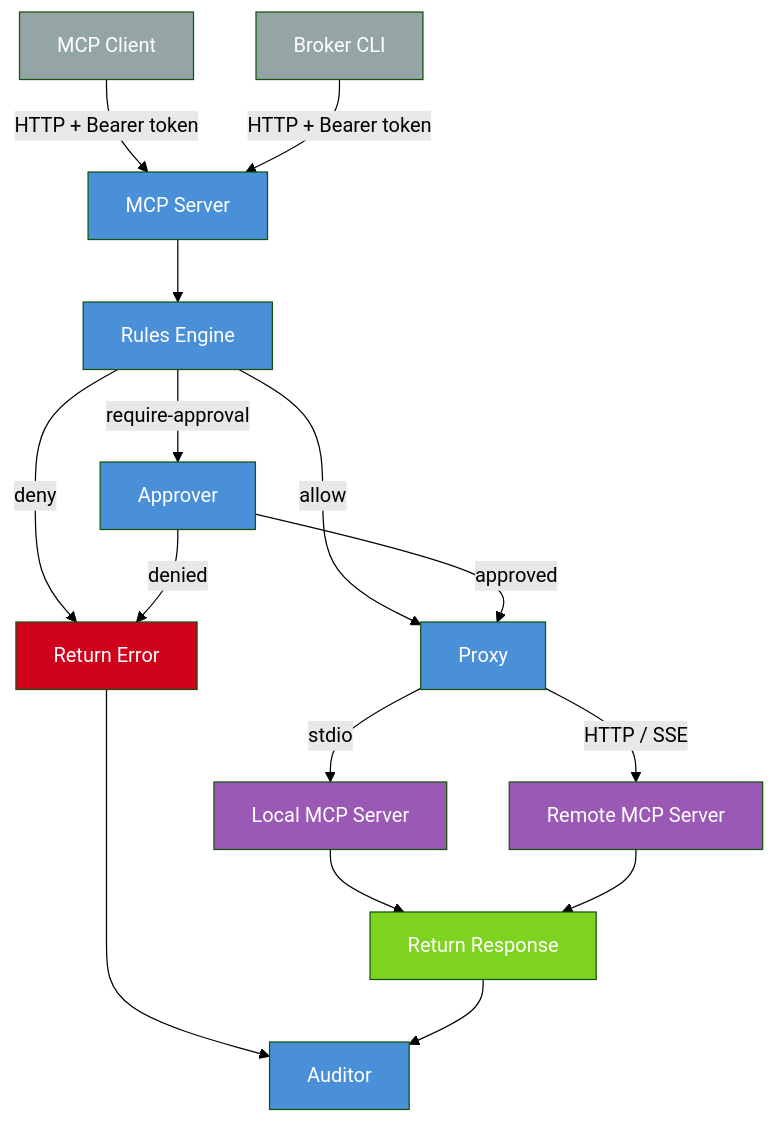
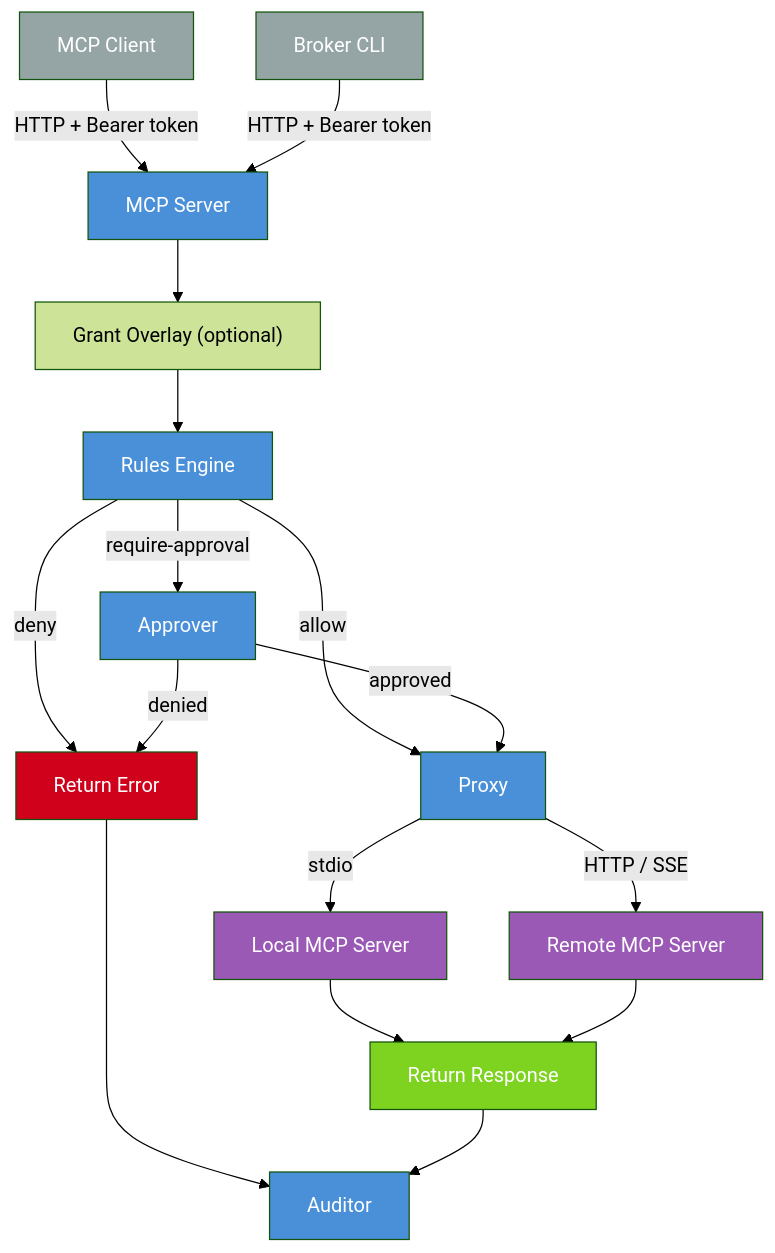
One commit to averycrespi/agent-tools changed the diagram in mcp-broker/README.md. Above: the diagram before and after it, drawn with Mermaid (forest theme). The commit also changed other lines of this file and 3 other files, not shown here.

````diff
--- a/mcp-broker/README.md
+++ b/mcp-broker/README.md
@@ -413,35 +465,36 @@
 ```mermaid
 flowchart TD
     Agent["MCP Client"] -->|"HTTP + Bearer token"| MCP["MCP Server"]
     CLI["Broker CLI"] -->|"HTTP + Bearer token"| MCP
 
-    MCP --> Rules["Rules Engine"]
+    MCP --> Grants["Grant Overlay (optional)"]
+    Grants --> Rules["Rules Engine"]
 
     Rules -->|allow| Proxy["Proxy"]
     Rules -->|deny| Error["Return Error"]
     Rules -->|require-approval| Approver["Approver"]
 
     Approver -->|approved| Proxy
     Approver -->|denied| Error
 
     Proxy -->|stdio| Git["Local MCP Server"]
     Proxy -->|HTTP / SSE| Remote["Remote MCP Server"]
 
     Git --> Response["Return Response"]
     Remote --> Response
 
     Error --> Audit["Auditor"]
     Response --> Audit
 
     style MCP fill:#4a90d9,color:#fff
     style Rules fill:#4a90d9,color:#fff
     style Approver fill:#4a90d9,color:#fff
     style Proxy fill:#4a90d9,color:#fff
     style Agent fill:#95a5a6,color:#fff
     style CLI fill:#95a5a6,color:#fff
     style Git fill:#9b59b6,color:#fff
     style Remote fill:#9b59b6,color:#fff
     style Audit fill:#4a90d9,color:#fff
     style Response fill:#7ed321,color:#fff
     style Error fill:#d0021b,color:#fff
 ```
````
